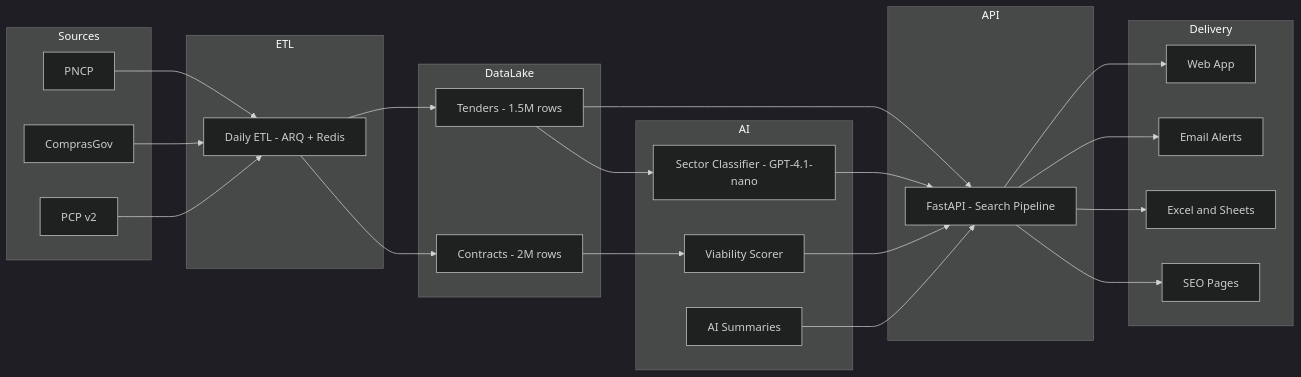
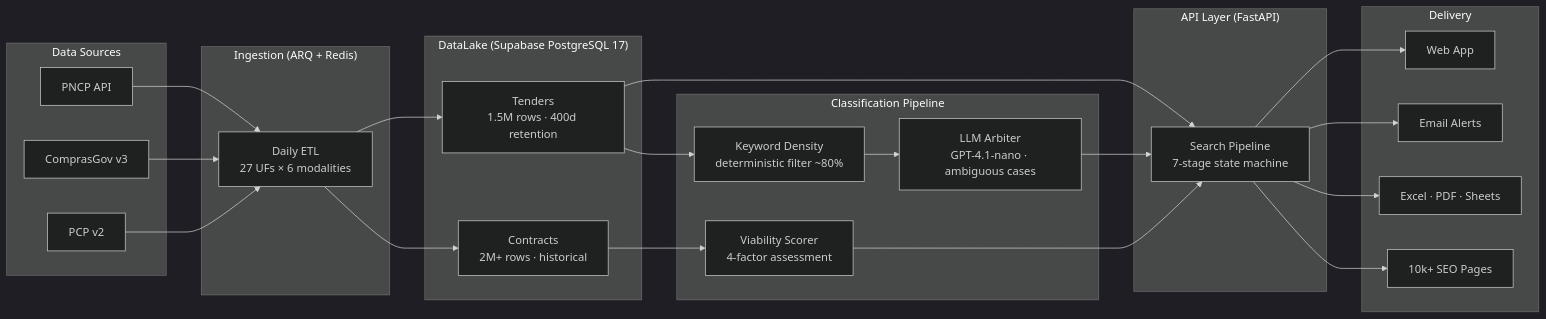
Before and after one commit to tjsasakifln/smartlic: the diagram in README.md, drawn with Mermaid (dark theme). The commit also changed other lines of this file and 3 other files, not shown here.

````diff
--- a/README.md
+++ b/README.md
@@ -69,50 +33,50 @@
 ```mermaid
 flowchart LR
-    subgraph Sources
-        A[PNCP]
-        B[ComprasGov]
+    subgraph Sources["Data Sources"]
+        A[PNCP API]
+        B[ComprasGov v3]
         C[PCP v2]
     end
 
-    subgraph ETL
-        D[Daily ETL - ARQ + Redis]
+    subgraph ETL["Ingestion (ARQ + Redis)"]
+        D[Daily ETL<br/>27 UFs × 6 modalities]
     end
 
-    subgraph DataLake
-        F[Tenders - 1.5M rows]
-        G[Contracts - 2M rows]
+    subgraph DataLake["DataLake (Supabase PostgreSQL 17)"]
+        F[Tenders<br/>1.5M rows · 400d retention]
+        G[Contracts<br/>2M+ rows · historical]
     end
 
-    subgraph AI
-        H[Sector Classifier - GPT-4.1-nano]
-        I[Viability Scorer]
-        J[AI Summaries]
+    subgraph AI["Classification Pipeline"]
+        H[Keyword Density<br/>deterministic filter ~80%]
+        I[LLM Arbiter<br/>GPT-4.1-nano · ambiguous cases]
+        J[Viability Scorer<br/>4-factor assessment]
     end
 
-    subgraph API
-        K[FastAPI - Search Pipeline]
+    subgraph API["API Layer (FastAPI)"]
+        K[Search Pipeline<br/>7-stage state machine]
     end
 
-    subgraph Delivery
+    subgraph Delivery["Delivery"]
         L[Web App]
         M[Email Alerts]
-        N[Excel and Sheets]
-        O[SEO Pages]
+        N[Excel · PDF · Sheets]
+        O[10k+ SEO Pages]
     end
 
     A --> D
     B --> D
     C --> D
     D --> F
     D --> G
     F --> H
     F --> K
-    G --> I
-    H --> K
+    G --> J
+    H --> I
     I --> K
     J --> K
     K --> L
     K --> M
     K --> N
     K --> O
 ```
````
